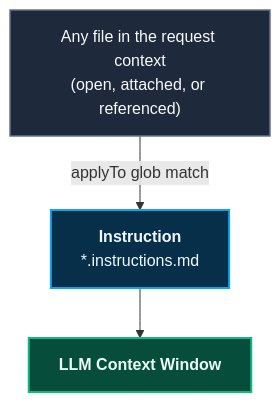
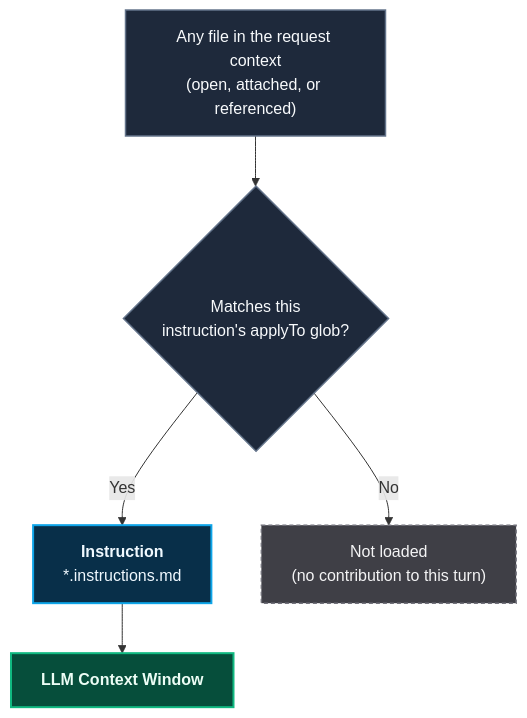
Before and after one commit to ALTEN-group/coding-pal: the first of 4 diagrams in website/docs/guide/persistent-context.md, drawn with Mermaid. The commit also changed other lines of this file, not shown here.

Commit message:
fix: clarify instruction activation conditions and update flowchart for accuracy

````diff
--- a/website/docs/guide/persistent-context.md
+++ b/website/docs/guide/persistent-context.md
@@ -16,16 +16,20 @@
 ```mermaid
 ---
-caption: Instructions load on every turn, regardless of what else happens
+caption: Instructions are checked on every turn; activation is conditional per instruction
 ---
 flowchart TD
-    F["Any file in the request context<br/>(open, attached, or referenced)"] -->|"applyTo glob match"| I["<b>Instruction</b><br/>*.instructions.md"]
+    F["Any file in the request context<br/>(open, attached, or referenced)"] --> G{"Matches this<br/>instruction's applyTo glob?"}
+    G -->|"Yes"| I["<b>Instruction</b><br/>*.instructions.md"]
+    G -->|"No"| X["Not loaded<br/>(no contribution to this turn)"]
     I --> CTX["<b>LLM Context Window</b>"]
 
     classDef instruction fill:#082f49,stroke:#0ea5e9,stroke-width:2px,color:#f0f9ff;
     classDef execution fill:#064e3b,stroke:#10b981,stroke-width:2px,color:#ecfdf5;
     classDef event fill:#1e293b,stroke:#64748b,stroke-width:1.5px,color:#f8fafc;
+    classDef skip fill:#3f3f46,stroke:#71717a,stroke-width:1.5px,color:#f4f4f5,stroke-dasharray: 4 3;
 
     class I instruction;
     class CTX execution;
-    class F event;
+    class F,G event;
+    class X skip;
 ```
````
